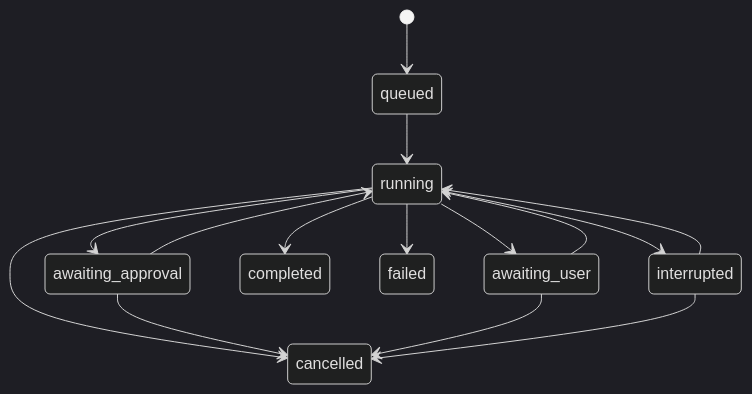
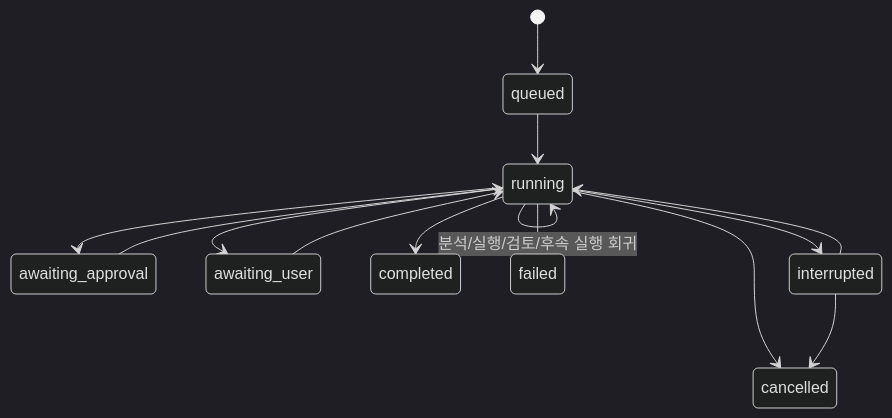
One commit to Sponzey-com/Sponzey-Nobie changed the second of 3 diagrams in process.md. Above: the diagram before and after it, drawn with Mermaid (dark theme). The commit also changed other lines of this file and 47 other files, not shown here.

````diff
--- a/process.md
+++ b/process.md
@@ -384,17 +311,16 @@
 ```mermaid
 stateDiagram-v2
     [*] --> queued
     queued --> running
     running --> awaiting_approval
     running --> awaiting_user
+    awaiting_approval --> running
+    awaiting_user --> running
+    running --> running: 분석/실행/검토/후속 실행 회귀
     running --> completed
     running --> failed
     running --> cancelled
     running --> interrupted
-    awaiting_approval --> running
-    awaiting_approval --> cancelled
-    awaiting_user --> running
-    awaiting_user --> cancelled
     interrupted --> running
     interrupted --> cancelled
 ```
````
